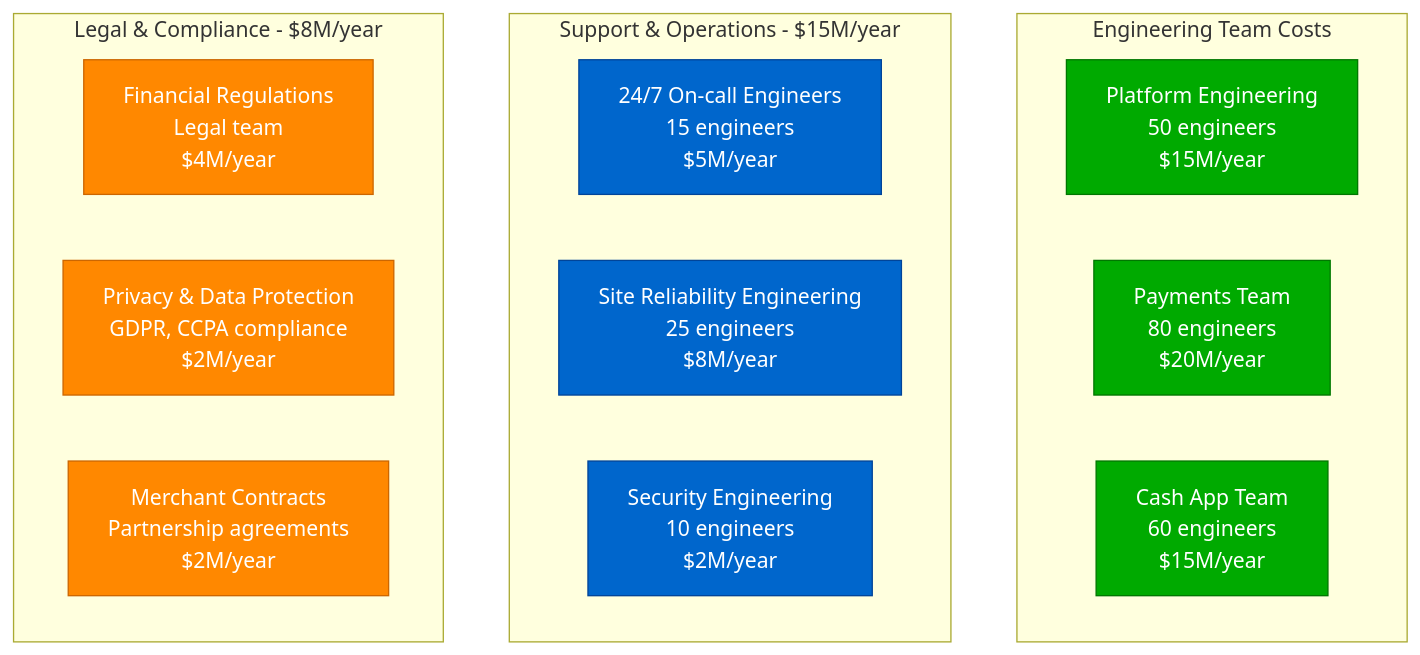
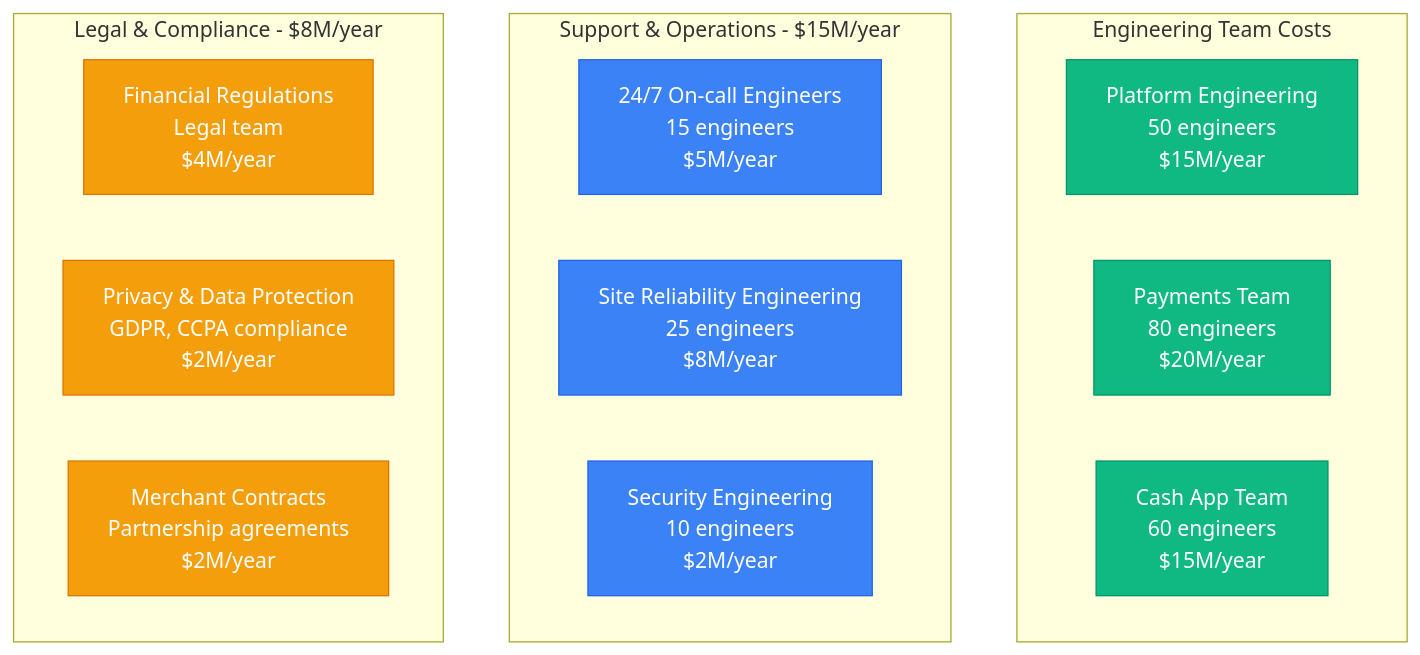
One commit to deepaucksharma/DS changed the fifth of 10 diagrams in site/docs/systems/square/06-cost-breakdown.md. Above: the diagram before and after it, drawn with Mermaid. The commit also changed other lines of this file and 187 other files, not shown here.

````diff
--- a/site/docs/systems/square/06-cost-breakdown.md
+++ b/site/docs/systems/square/06-cost-breakdown.md
@@ -129,28 +129,28 @@
 ```mermaid
 graph TB
     subgraph EngineeringCosts[Engineering Team Costs]
         PLATFORM[Platform Engineering<br/>50 engineers<br/>$15M/year]
         PAYMENTS[Payments Team<br/>80 engineers<br/>$20M/year]
         CASHAPP[Cash App Team<br/>60 engineers<br/>$15M/year]
     end
 
     subgraph SupportCosts[Support & Operations - $15M/year]
         ONCALL[24/7 On-call Engineers<br/>15 engineers<br/>$5M/year]
         SRE[Site Reliability Engineering<br/>25 engineers<br/>$8M/year]
         SECURITY[Security Engineering<br/>10 engineers<br/>$2M/year]
     end
 
     subgraph LegalCosts[Legal & Compliance - $8M/year]
         FINREG[Financial Regulations<br/>Legal team<br/>$4M/year]
         PRIVACY[Privacy & Data Protection<br/>GDPR, CCPA compliance<br/>$2M/year]
         CONTRACTS[Merchant Contracts<br/>Partnership agreements<br/>$2M/year]
     end
 
-    classDef engineeringStyle fill:#00AA00,stroke:#007700,color:#fff
-    classDef supportStyle fill:#0066CC,stroke:#004499,color:#fff
-    classDef legalStyle fill:#FF8800,stroke:#CC6600,color:#fff
+    classDef engineeringStyle fill:#10B981,stroke:#059669,color:#fff
+    classDef supportStyle fill:#3B82F6,stroke:#2563EB,color:#fff
+    classDef legalStyle fill:#F59E0B,stroke:#D97706,color:#fff
 
     class PLATFORM,PAYMENTS,CASHAPP engineeringStyle
     class ONCALL,SRE,SECURITY supportStyle
     class FINREG,PRIVACY,CONTRACTS legalStyle
 ```
````
